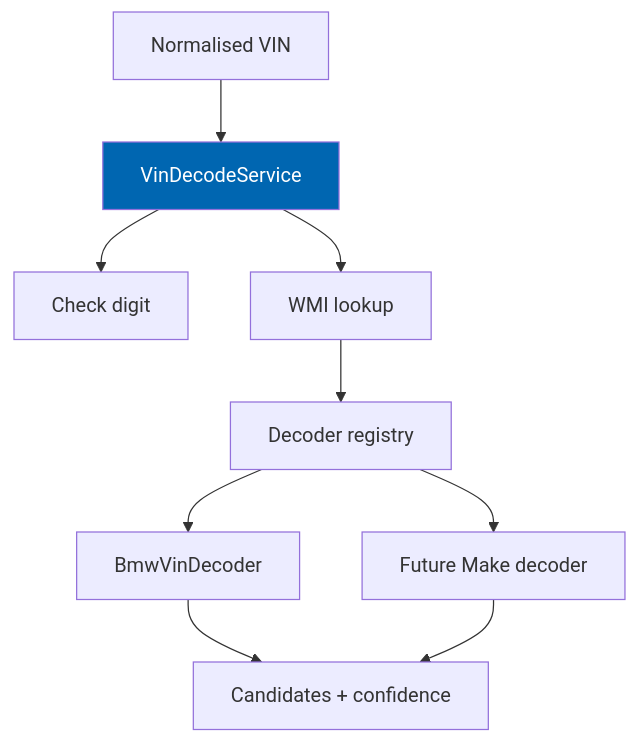
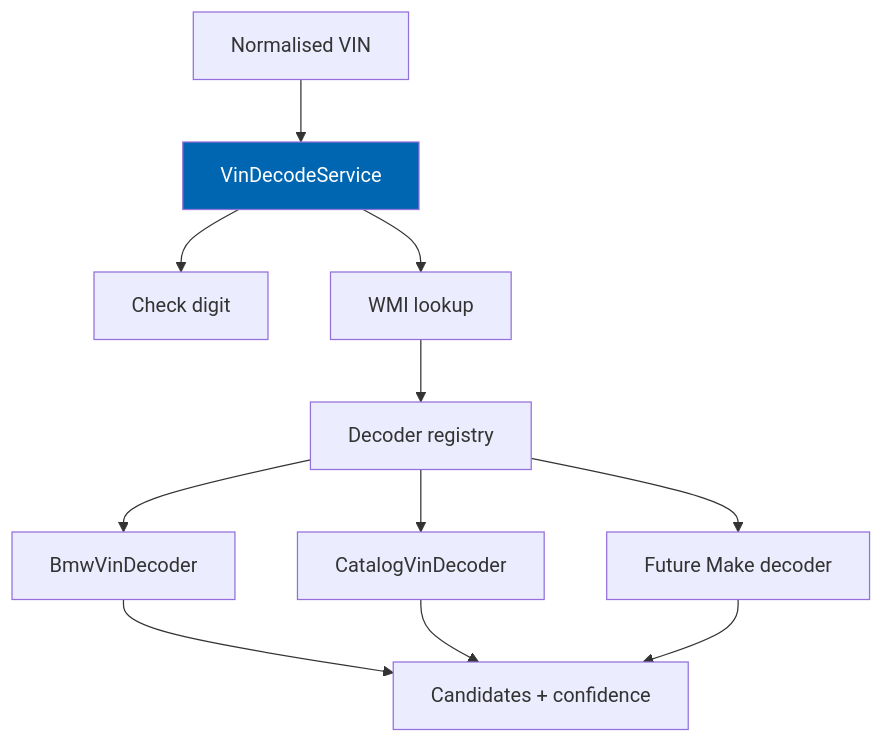
One commit to senlite/nopCommerce changed the first of 2 diagrams in CheckEngine/docs/13-vin-engine.md. Above: the diagram before and after it, drawn with Mermaid. The commit also changed other lines of this file and 65 other files, not shown here.

````diff
--- a/CheckEngine/docs/13-vin-engine.md
+++ b/CheckEngine/docs/13-vin-engine.md
@@ -132,13 +136,15 @@
 ```mermaid
 flowchart TB
     IN["Normalised VIN"] --> CORE["VinDecodeService"]
     CORE --> CD["Check digit"]
     CORE --> WMI["WMI lookup"]
     WMI --> REG["Decoder registry"]
     REG --> D1["BmwVinDecoder"]
-    REG --> D2["Future Make decoder"]
+    REG --> D2["CatalogVinDecoder"]
+    REG --> D3["Future Make decoder"]
     D1 --> OUT["Candidates + confidence"]
     D2 --> OUT
+    D3 --> OUT
 
     style CORE fill:#0066B1,color:#fff
 ```
````
